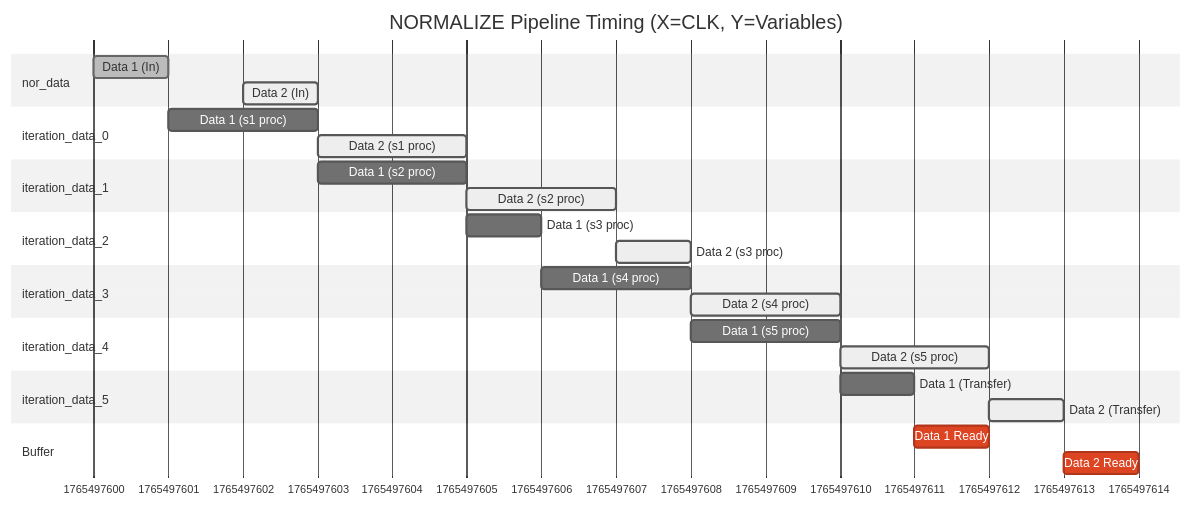
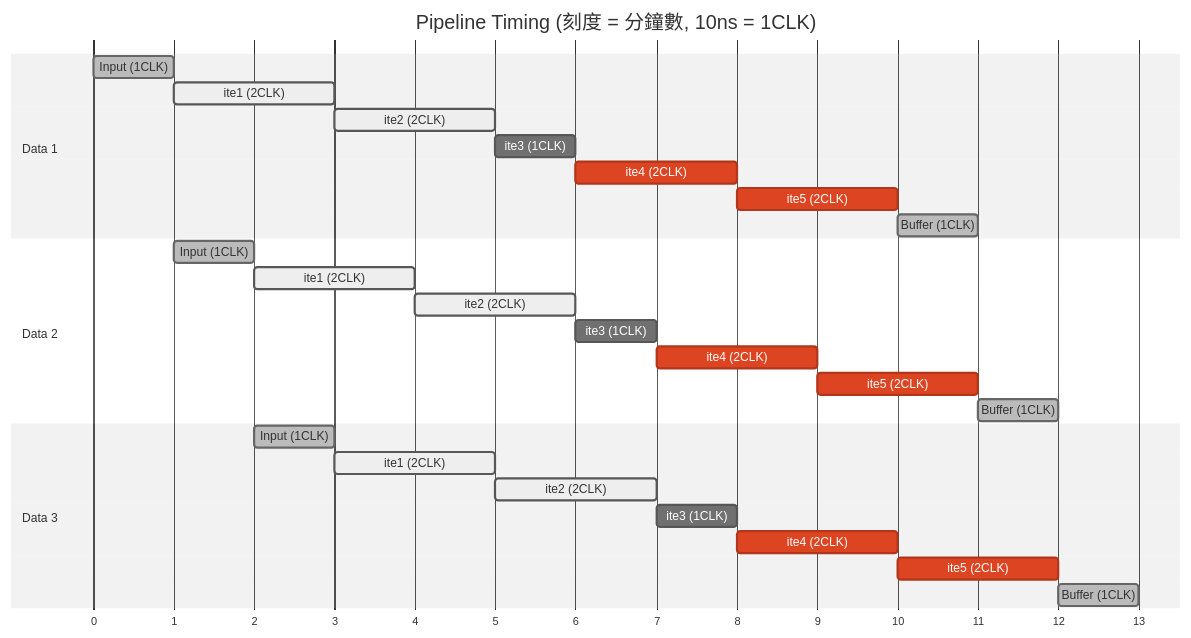
Before and after one commit to weifoe/vitis: the eighth of 9 diagrams in Car.md, drawn with Mermaid (neutral theme). The commit also changed other lines of this file, not shown here.

````diff
--- a/Car.md
+++ b/Car.md
@@ -305,41 +353,45 @@
 ```mermaid
+
 gantt
-    title NORMALIZE Pipeline Timing (X=CLK, Y=Variables)
-    dateFormat  s
-    axisFormat  %s
+    title Pipeline Timing (刻度 = 分鐘數, 10ns = 1CLK)
     
-    %% 設定時間軸為整數秒代表 CLK
+    %% 1. 設定時間格式為「小時:分鐘」
+    dateFormat  HH:mm
     
-    section nor_data
-    Data 1 (In)        :done,    d1_in, 0, 1s
-    Data 2 (In)        :active,  d2_in, 2, 1s
+    %% 2. 設定軸線只顯示「分鐘數 (不補0)」
+    %% 如果你的編輯器不支援 %-M，請改回 %M (會顯示 00, 01, 02...)
+    axisFormat  %-M
+    
+    %% 3. 強制 X 軸從 00:00 開始
+    %% 所有的長度單位都改用 "m" (分鐘)
+    
+    section Data 1
+    Input (1CLK)      :done,    d1_in, 00:00, 1m
+    ite1 (2CLK)         :active,  d1_s1, after d1_in, 2m
+    ite2 (2CLK)         :active,  d1_s2, after d1_s1, 2m
+    ite3 (1CLK)         :         d1_s3, after d1_s2, 1m
+    ite4 (2CLK)         :crit,    d1_s4, after d1_s3, 2m
+    ite5 (2CLK)         :crit,    d1_s5, after d1_s4, 2m
+    Buffer (1CLK)     :done,    d1_buf, after d1_s5, 1m
 
-    section iteration_data_0
-    Data 1 (s1 proc)   :d1_s1, after d1_in, 2s
-    Data 2 (s1 proc)   :active, d2_s1, after d2_in, 2s
+    section Data 2
+    %% II=2，所以從 00:02 開始
+    Input (1CLK)      :done,    d2_in, 00:01, 1m
+    ite1 (2CLK)         :active,  d2_s1, after d2_in, 2m
+    ite2 (2CLK)         :active,  d2_s2, after d2_s1, 2m
+    ite3 (1CLK)         :         d2_s3, after d2_s2, 1m
+    ite4 (2CLK)         :crit,    d2_s4, after d2_s3, 2m
+    ite5 (2CLK)         :crit,    d2_s5, after d2_s4, 2m
+    Buffer (1CLK)     :done,    d2_buf, after d2_s5, 1m
 
-    section iteration_data_1
-    Data 1 (s2 proc)   :d1_s2, after d1_s1, 2s
-    Data 2 (s2 proc)   :active, d2_s2, after d2_s1, 2s
-
-    section iteration_data_2
-    Data 1 (s3 proc)   :d1_s3, after d1_s2, 1s
-    Data 2 (s3 proc)   :active, d2_s3, after d2_s2, 1s
-
-    section iteration_data_3
-    Data 1 (s4 proc)   :d1_s4, after d1_s3, 2s
-    Data 2 (s4 proc)   :active, d2_s4, after d2_s3, 2s
-
-    section iteration_data_4
-    Data 1 (s5 proc)   :d1_s5, after d1_s4, 2s
-    Data 2 (s5 proc)   :active, d2_s5, after d2_s4, 2s
-
-    section iteration_data_5
-    Data 1 (Transfer)  :d1_out, after d1_s5, 1s
-    Data 2 (Transfer)  :active, d2_out, after d2_s5, 1s
-
-    section Buffer
-    Data 1 Ready       :crit, d1_buf, after d1_out, 1s
-    Data 2 Ready       :crit, d2_buf, after d2_out, 1s
+    section Data 3
+    %% II=2，所以從 00:04 開始
+    Input (1CLK)      :done,    d3_in, 00:02, 1m
+    ite1 (2CLK)         :active,  d3_s1, after d3_in, 2m
+    ite2 (2CLK)         :active,  d3_s2, after d3_s1, 2m
+    ite3 (1CLK)         :         d3_s3, after d3_s2, 1m
+    ite4 (2CLK)         :crit,    d3_s4, after d3_s3, 2m
+    ite5 (2CLK)         :crit,    d3_s5, after d3_s4, 2m
+    Buffer (1CLK)     :done,    d3_buf, after d3_s5, 1m
 
 ```
````
